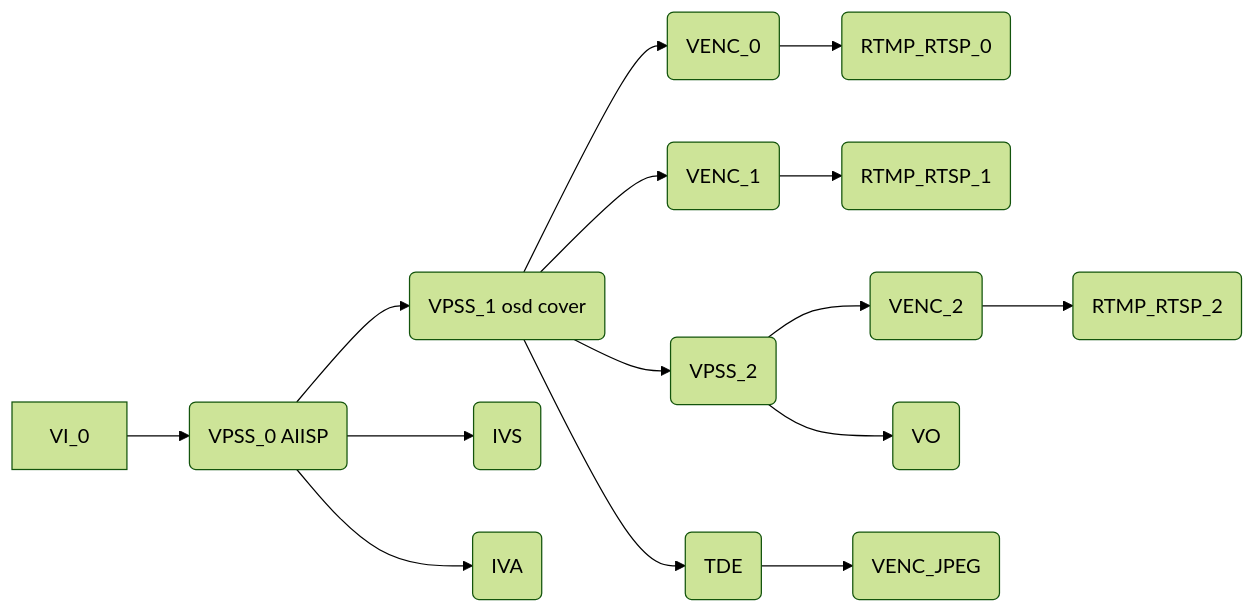
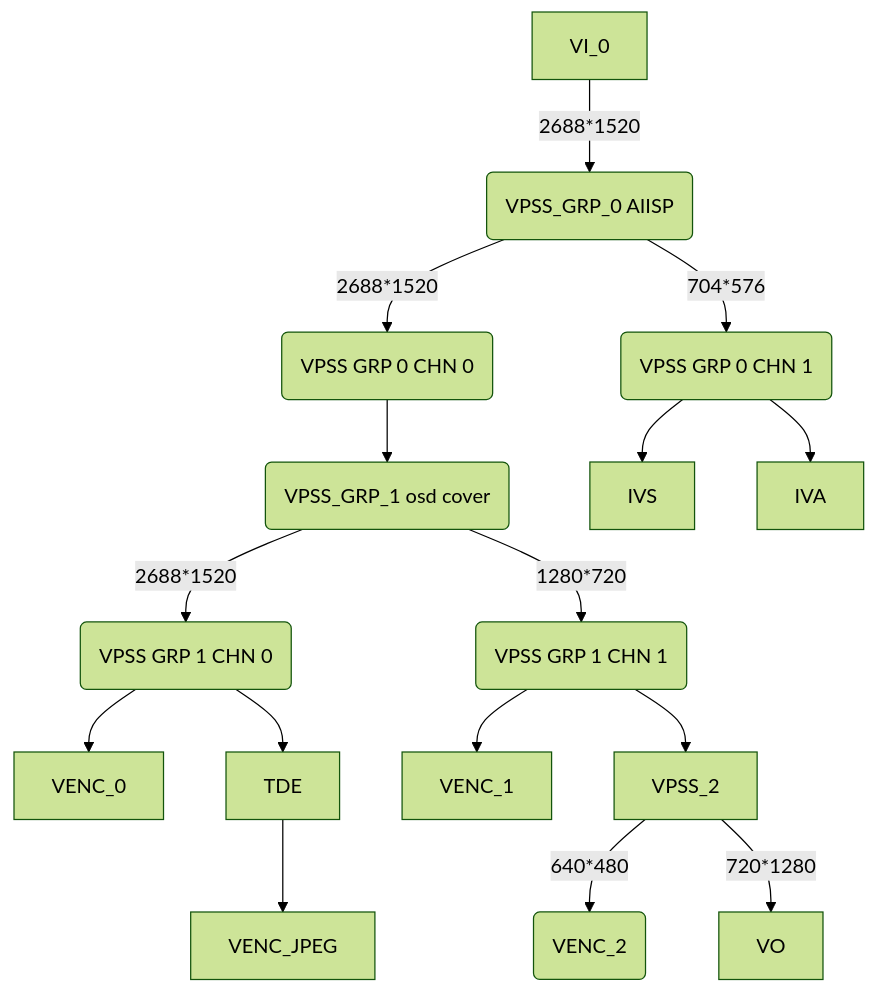
One commit to khadas/app_rkipc changed diagram 13 of 13 in docs/Rockchip_Developer_Guide_Linux_RKIPC_CN.md. Above: the diagram before and after it, drawn with Mermaid (forest theme). The commit also changed 1 other file, not shown here.

Commit message:
docs: RV1126 AIISP flow chart add resolution

````diff
--- a/docs/Rockchip_Developer_Guide_Linux_RKIPC_CN.md
+++ b/docs/Rockchip_Developer_Guide_Linux_RKIPC_CN.md
@@ -281,15 +281,21 @@
 ```mermaid
-graph LR
-	VI_0[VI_0]-->VPSS_0(VPSS_0 AIISP)-->VPSS_1(VPSS_1 osd cover)
-	VPSS_0(VPSS_0 AIISP)-->IVS(IVS)
-	VPSS_0(VPSS_0 AIISP)-->IVA(IVA)
+graph TB
+	VI_0--2688*1520-->VPSS_0(VPSS_GRP_0 AIISP)
+	VPSS_0--2688*1520-->VPSS_0_0(VPSS GRP 0 CHN 0)
+	VPSS_0--704*576-->VPSS_0_1(VPSS GRP 0 CHN 1)
 
-	VPSS_1(VPSS_1 osd cover)-->VENC_0(VENC_0)-->RTMP_RTSP_0(RTMP_RTSP_0)
-	VPSS_1(VPSS_1 osd cover)-->VENC_1(VENC_1)-->RTMP_RTSP_1(RTMP_RTSP_1)
-	VPSS_1(VPSS_1 osd cover)-->VPSS_2(VPSS_2)
-	VPSS_1(VPSS_1 osd cover)-->TDE(TDE)
+	VPSS_0_0-->VPSS_1(VPSS_GRP_1 osd cover)
+	VPSS_0_1-->IVS
+	VPSS_0_1-->IVA
 
-	VPSS_2(VPSS_2)-->VENC_2(VENC_2)-->RTMP_RTSP_2(RTMP_RTSP_2)
-	VPSS_2(VPSS_2)-->VO(VO)
-	TDE(TDE)-->VENC_JPEG(VENC_JPEG)
+	VPSS_1--2688*1520-->VPSS_1_0(VPSS GRP 1 CHN 0)
+	VPSS_1--1280*720-->VPSS_1_1(VPSS GRP 1 CHN 1)
+
+	VPSS_1_0-->VENC_0
+	VPSS_1_0-->TDE-->VENC_JPEG
+	VPSS_1_1-->VENC_1
+	VPSS_1_1-->VPSS_2
+
+	VPSS_2--640*480-->VENC_2(VENC_2)
+	VPSS_2--720*1280-->VO
 ```
````
